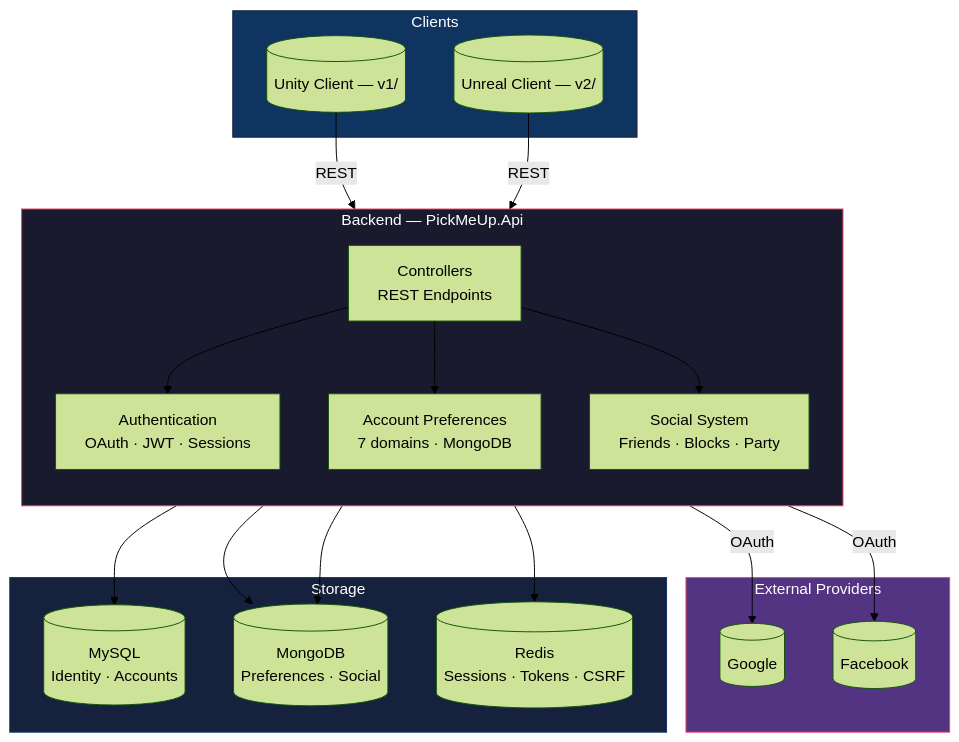
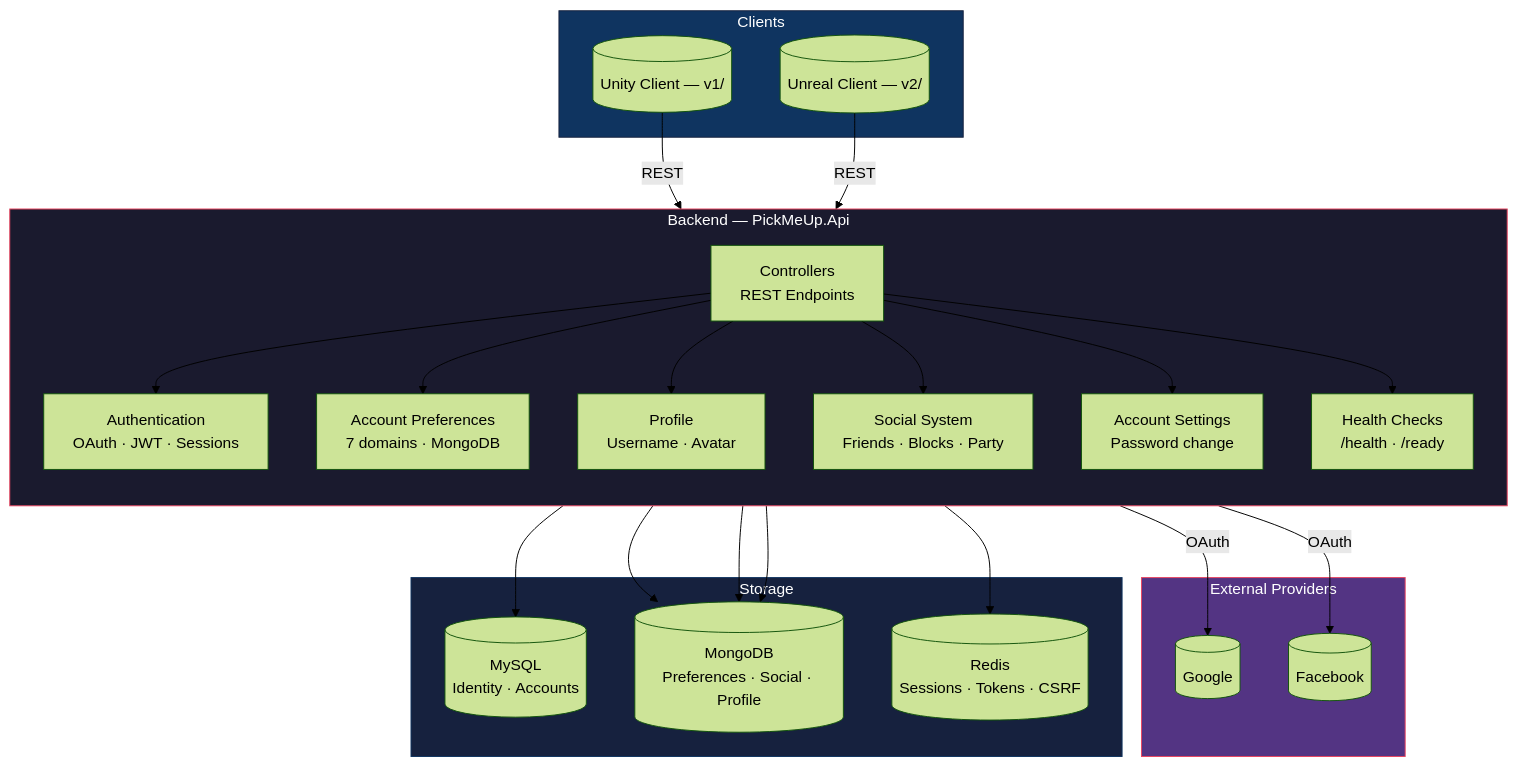
One commit to MatthewJacobSD/pick-me-up-infinite-gacha changed the diagram in PickMeUp.Api/README.md. Above: the diagram before and after it, drawn with Mermaid (forest theme). The commit also changed other lines of this file and 23 other files, not shown here.

First line of the commit message:
feat: expand Profile, AccountSettings, health checks, CORS, rate limiting

````diff
--- a/PickMeUp.Api/README.md
+++ b/PickMeUp.Api/README.md
@@ -9,43 +9,50 @@
 ```mermaid
 graph TB
     subgraph Clients
         U[("Unity Client — v1/")]
         UE[("Unreal Client — v2/")]
     end
 
     subgraph Backend["Backend — PickMeUp.Api"]
         direction TB
         Auth["Authentication<br>OAuth · JWT · Sessions"]
         AccPref["Account Preferences<br>7 domains · MongoDB"]
+        Prof["Profile<br>Username · Avatar"]
         Soc["Social System<br>Friends · Blocks · Party"]
+        AccSet["Account Settings<br>Password change"]
         API["Controllers<br>REST Endpoints"]
+        HC["Health Checks<br>/health · /ready"]
     end
 
     subgraph Providers["External Providers"]
         G[("Google")]
         F[("Facebook")]
     end
 
     subgraph Storage
         MySQL[("MySQL<br>Identity · Accounts")]
-        MongoDB[("MongoDB<br>Preferences · Social")]
+        MongoDB[("MongoDB<br>Preferences · Social · Profile")]
         Redis[("Redis<br>Sessions · Tokens · CSRF")]
     end
 
     U -->|REST| API
     UE -->|REST| API
     API --> Auth
     API --> AccPref
+    API --> Prof
     API --> Soc
+    API --> AccSet
+    API --> HC
     Auth --> Redis
     AccPref --> MongoDB
+    Prof --> MongoDB
     Soc --> MongoDB
     Auth --> MySQL
     Auth -->|OAuth| G
     Auth -->|OAuth| F
 
     style Backend fill:#1a1a2e,stroke:#e94560,color:#fff
     style Clients fill:#0f3460,stroke:#16213e,color:#fff
     style Providers fill:#533483,stroke:#e94560,color:#fff
     style Storage fill:#16213e,stroke:#0f3460,color:#fff
 ```
````
